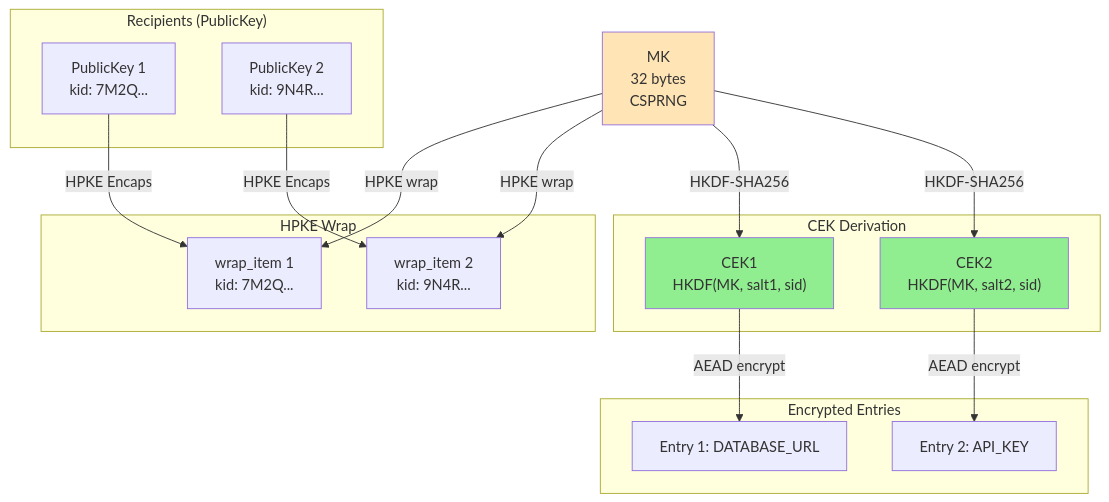
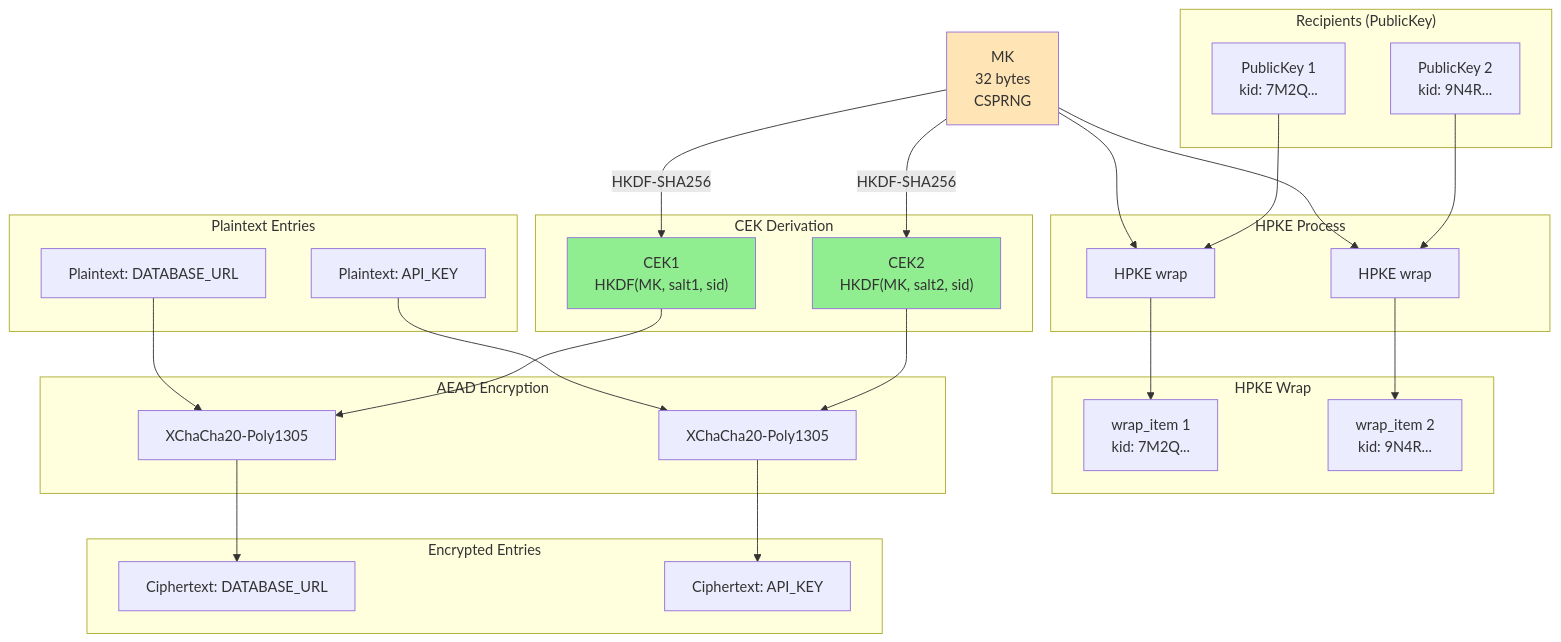
The fourth of 6 diagrams in guides/security_design_en.md (ebisawa/secretenv), drawn with Mermaid before and after one commit. The commit also changed other lines of this file and 3 other files, not shown here.

````diff
--- a/guides/security_design_en.md
+++ b/guides/security_design_en.md
@@ -409,37 +598,58 @@
 ```mermaid
 graph TB
     subgraph recipients["Recipients (PublicKey)"]
         PK1["PublicKey 1<br/>kid: 7M2Q..."]
         PK2["PublicKey 2<br/>kid: 9N4R..."]
+    end
+
+    subgraph hpke["HPKE Process"]
+        HPKE1[HPKE wrap]
+        HPKE2[HPKE wrap]
     end
 
     subgraph wrap["HPKE Wrap"]
         W1["wrap_item 1<br/>kid: 7M2Q..."]
         W2["wrap_item 2<br/>kid: 9N4R..."]
     end
 
     MK["MK<br/>32 bytes<br/>CSPRNG"]
 
     subgraph cek["CEK Derivation"]
         CEK1["CEK1<br/>HKDF(MK, salt1, sid)"]
         CEK2["CEK2<br/>HKDF(MK, salt2, sid)"]
     end
 
-    subgraph entries["Encrypted Entries"]
-        E1["Entry 1: DATABASE_URL"]
-        E2["Entry 2: API_KEY"]
+    subgraph p_entries["Plaintext Entries"]
+        PE1["Plaintext: DATABASE_URL"]
+        PE2["Plaintext: API_KEY"]
     end
 
-    PK1 -->|HPKE Encaps| W1
-    PK2 -->|HPKE Encaps| W2
-    MK -->|HPKE wrap| W1
-    MK -->|HPKE wrap| W2
+    subgraph aead["AEAD Encryption"]
+        AEAD1[XChaCha20-Poly1305]
+        AEAD2[XChaCha20-Poly1305]
+    end
+
+    subgraph entries["Encrypted Entries"]
+        E1["Ciphertext: DATABASE_URL"]
+        E2["Ciphertext: API_KEY"]
+    end
+
+    PK1 --> HPKE1
+    MK --> HPKE1
+    HPKE1 --> W1
+    PK2 --> HPKE2
+    MK --> HPKE2
+    HPKE2 --> W2
     MK -->|HKDF-SHA256| CEK1
     MK -->|HKDF-SHA256| CEK2
-    CEK1 -->|AEAD encrypt| E1
-    CEK2 -->|AEAD encrypt| E2
+    CEK1 --> AEAD1
+    PE1 --> AEAD1
+    AEAD1 --> E1
+    CEK2 --> AEAD2
+    PE2 --> AEAD2
+    AEAD2 --> E2
 
     style MK fill:#FFE4B5
     style CEK1 fill:#90EE90
     style CEK2 fill:#90EE90
 ```
````
